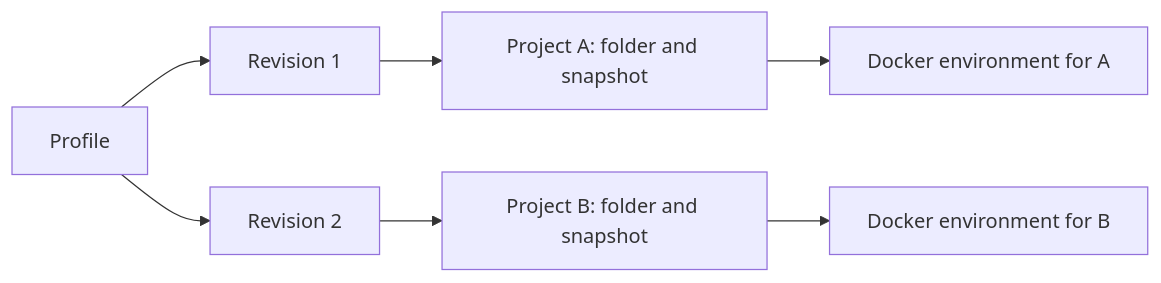
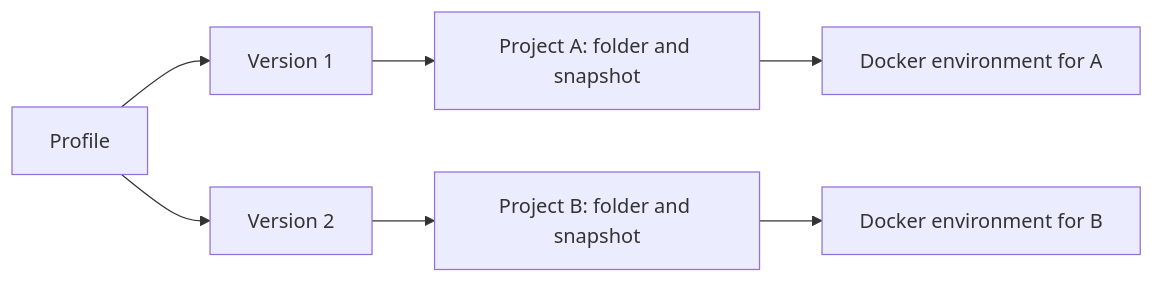
The first of 3 diagrams in docs/explanation/architecture.md (HildegarMedina/brig), drawn with Mermaid before and after one commit. The commit also changed other lines of this file and 33 other files, not shown here.

````diff
--- a/docs/explanation/architecture.md
+++ b/docs/explanation/architecture.md
@@ -18,9 +25,9 @@
 ```mermaid
 flowchart LR
-    Profile[Profile] --> R1[Revision 1]
-    Profile --> R2[Revision 2]
+    Profile[Profile] --> R1[Version 1]
+    Profile --> R2[Version 2]
     R1 --> A[Project A: folder and snapshot]
     R2 --> B[Project B: folder and snapshot]
     A --> EA[Docker environment for A]
     B --> EB[Docker environment for B]
 ```
````
